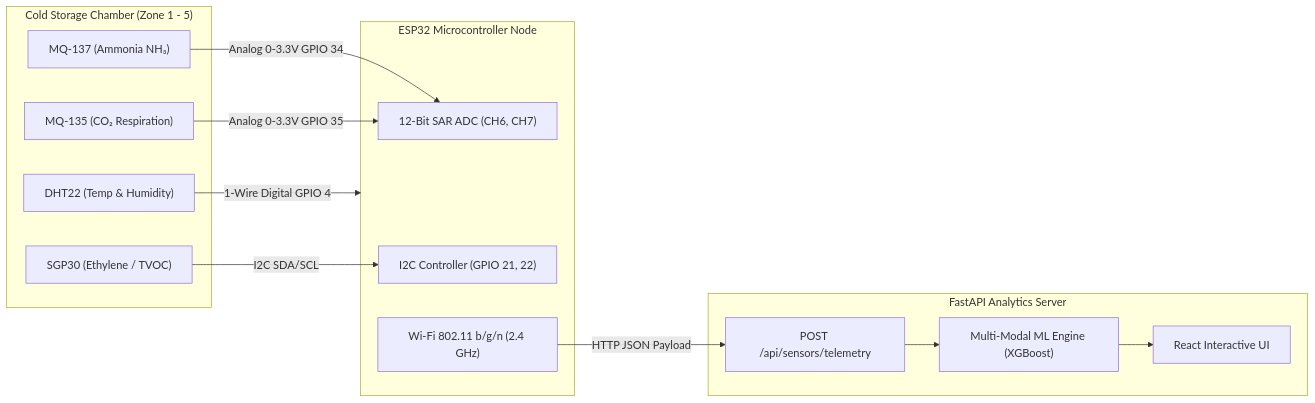
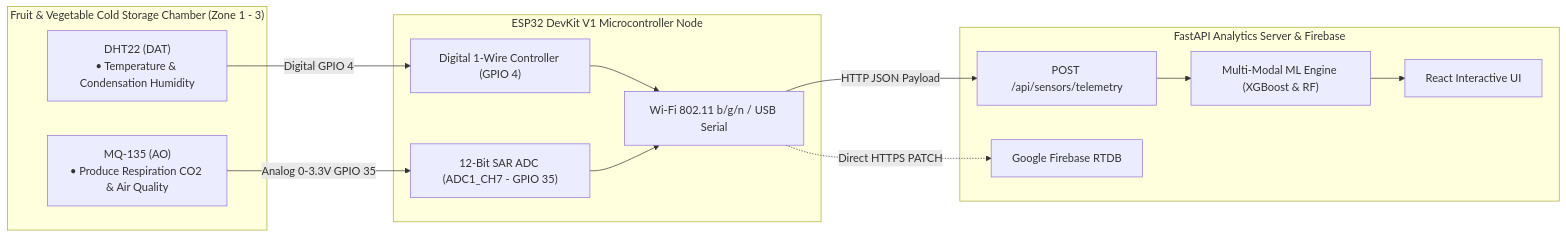
The diagram in iot_firmware/HARDWARE_CIRCUIT_WIRING.md (malindus2003/J26-IT-333), drawn with Mermaid before and after one commit. The commit also changed other lines of this file and 32 other files, not shown here.

Commit message:
feat: redesign login page, add multi-storage management with scoped produce inspection, and add storage edit/delete controls

````diff
--- a/iot_firmware/HARDWARE_CIRCUIT_WIRING.md
+++ b/iot_firmware/HARDWARE_CIRCUIT_WIRING.md
@@ -13,28 +13,27 @@
 ```mermaid
 flowchart LR
-    subgraph Microclimate["Cold Storage Chamber (Zone 1 - 5)"]
-        DHT["DHT22 (Temp & Humidity)"]
-        MQ137["MQ-137 (Ammonia NH₃)"]
-        MQ135["MQ-135 (CO₂ Respiration)"]
-        SGP30["SGP30 (Ethylene / TVOC)"]
+    subgraph Microclimate["Fruit & Vegetable Cold Storage Chamber (Zone 1 - 3)"]
+        DHT["DHT22 (DAT)<br/>• Temperature & Condensation Humidity"]
+        MQ135["MQ-135 (AO)<br/>• Produce Respiration CO2 & Air Quality"]
     end
 
-    subgraph EdgeMCU["ESP32 Microcontroller Node"]
-        ADC["12-Bit SAR ADC (CH6, CH7)"]
-        I2C["I2C Controller (GPIO 21, 22)"]
-        WiFi["Wi-Fi 802.11 b/g/n (2.4 GHz)"]
+    subgraph EdgeMCU["ESP32 DevKit V1 Microcontroller Node"]
+        ADC["12-Bit SAR ADC (ADC1_CH7 - GPIO 35)"]
+        OneWire["Digital 1-Wire Controller (GPIO 4)"]
+        WiFi["Wi-Fi 802.11 b/g/n / USB Serial"]
     end
 
-    subgraph BackendCloud["FastAPI Analytics Server"]
+    subgraph BackendCloud["FastAPI Analytics Server & Firebase"]
         Ingest["POST /api/sensors/telemetry"]
-        Fusion["Multi-Modal ML Engine (XGBoost)"]
+        Firebase["Google Firebase RTDB"]
+        Fusion["Multi-Modal ML Engine (XGBoost & RF)"]
         Dashboard["React Interactive UI"]
     end
 
-    DHT -->|1-Wire Digital GPIO 4| EdgeMCU
-    MQ137 -->|Analog 0-3.3V GPIO 34| ADC
+    DHT -->|Digital GPIO 4| OneWire
     MQ135 -->|Analog 0-3.3V GPIO 35| ADC
-    SGP30 -->|I2C SDA/SCL| I2C
+    OneWire & ADC --> WiFi
     WiFi -->|HTTP JSON Payload| Ingest
+    WiFi -.->|Direct HTTPS PATCH| Firebase
     Ingest --> Fusion --> Dashboard
 ```
````
